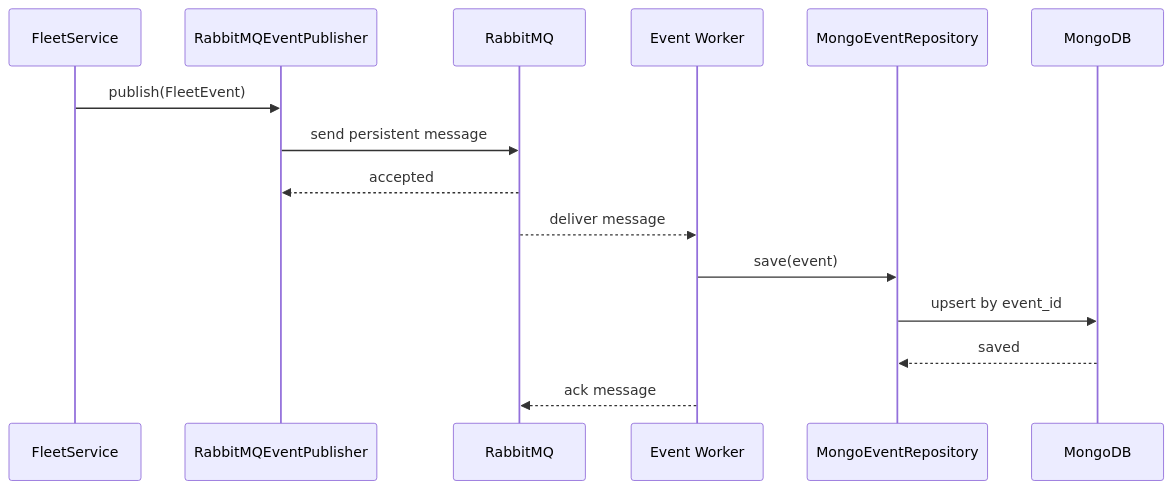
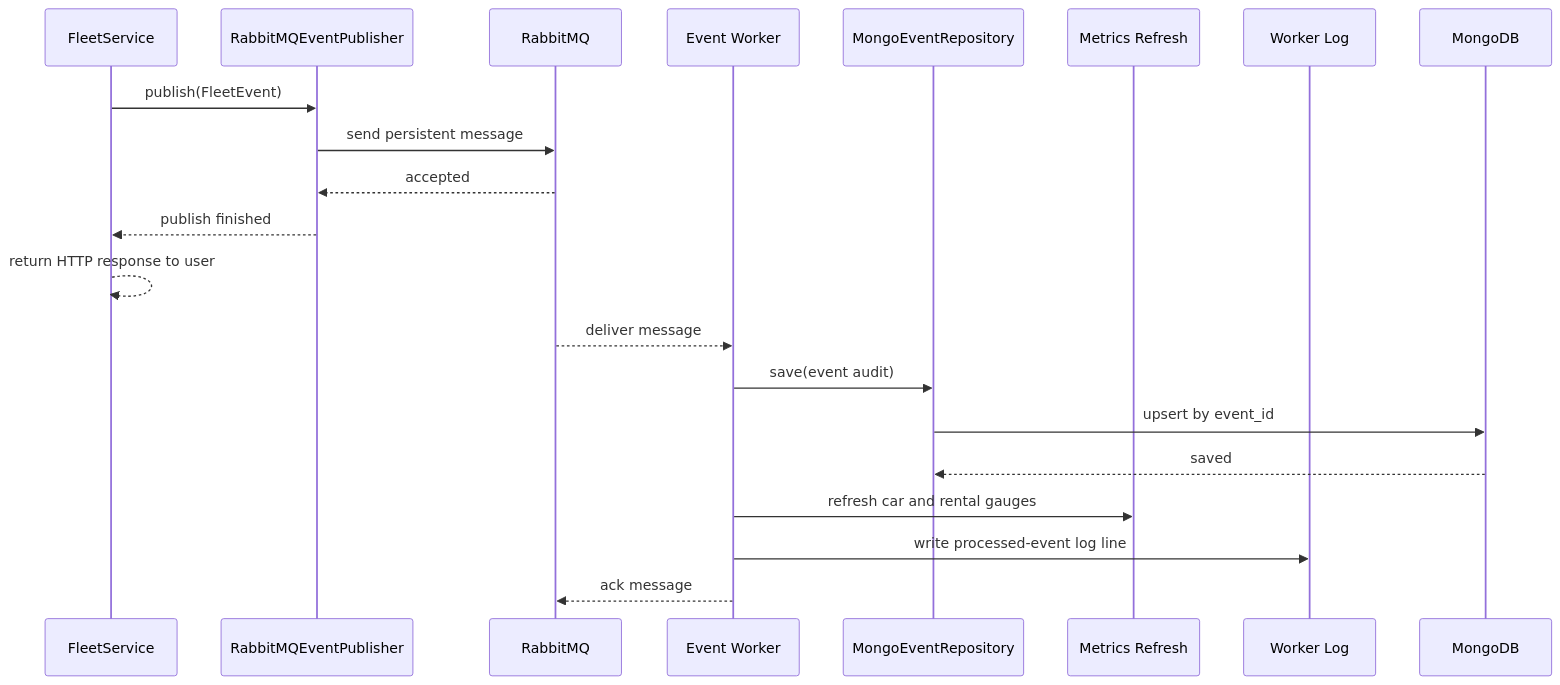
The seventh of 15 diagrams in README.md (YonatanMoshes/Rental), drawn with Mermaid before and after one commit. The commit also changed other lines of this file and 7 other files, not shown here.

````diff
--- a/README.md
+++ b/README.md
@@ -369,18 +378,24 @@
 ```mermaid
 sequenceDiagram
     participant Service as FleetService
     participant Publisher as RabbitMQEventPublisher
     participant Rabbit as RabbitMQ
     participant Worker as Event Worker
     participant Repo as MongoEventRepository
+    participant Metrics as Metrics Refresh
+    participant Logs as Worker Log
     participant DB as MongoDB
 
     Service->>Publisher: publish(FleetEvent)
     Publisher->>Rabbit: send persistent message
     Rabbit-->>Publisher: accepted
+    Publisher-->>Service: publish finished
+    Service-->>Service: return HTTP response to user
     Rabbit-->>Worker: deliver message
-    Worker->>Repo: save(event)
+    Worker->>Repo: save(event audit)
     Repo->>DB: upsert by event_id
     DB-->>Repo: saved
+    Worker->>Metrics: refresh car and rental gauges
+    Worker->>Logs: write processed-event log line
     Worker-->>Rabbit: ack message
 ```
````
